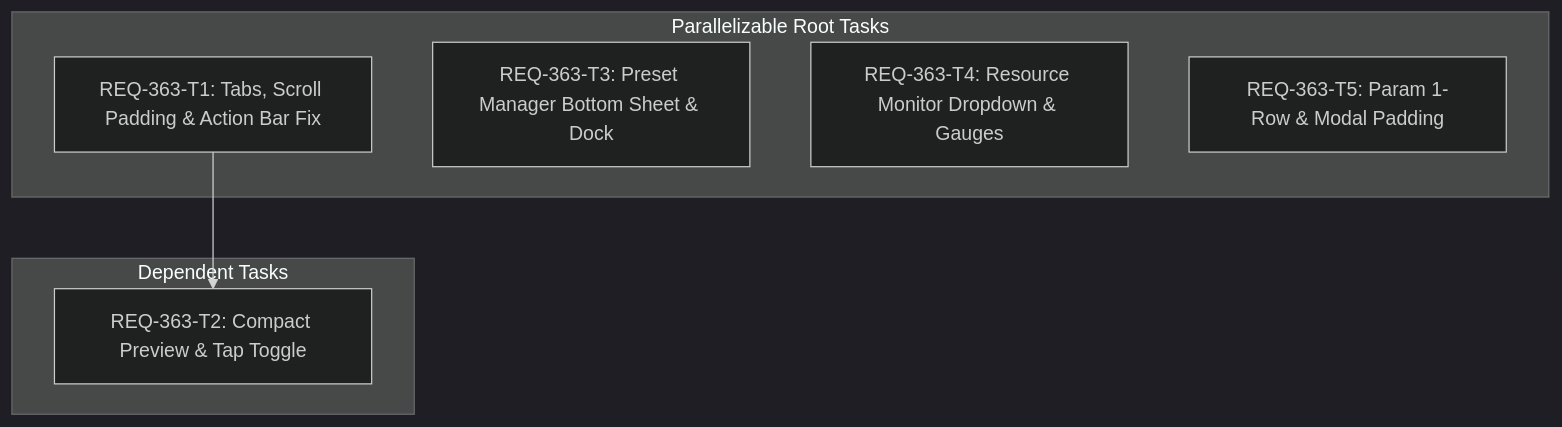
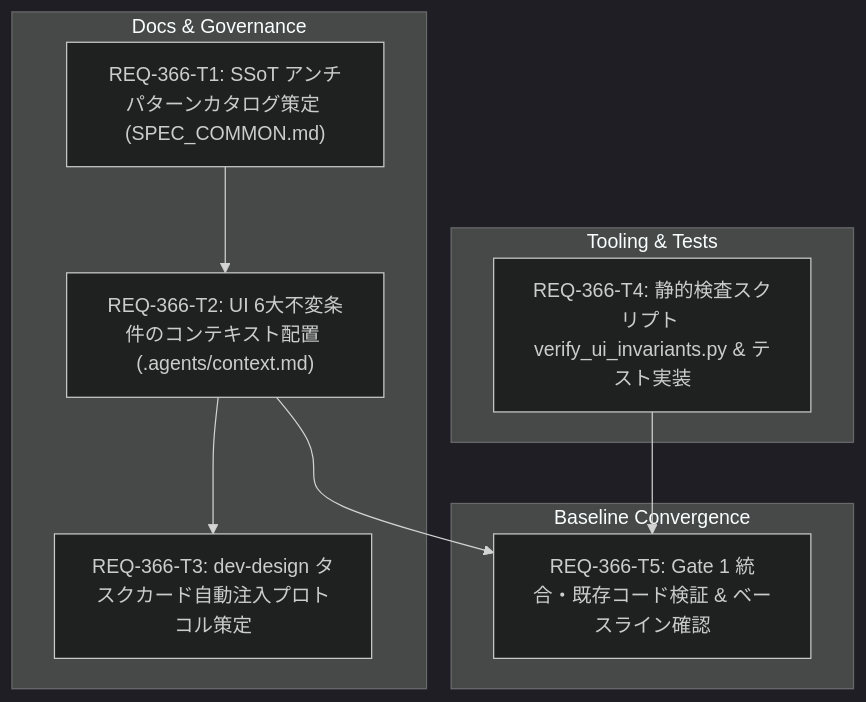
One commit to TAKE4548/comfy-create-helper2 changed the diagram in implementation_plan.md. Above: the diagram before and after it, drawn with Mermaid (dark theme). The commit also changed other lines of this file and 20 other files, not shown here.

Commit message:
feat(REQ-366): complete UI/UX anti-pattern catalog and 3-layer pipeline governance

````diff
--- a/implementation_plan.md
+++ b/implementation_plan.md
@@ -75,14 +66,21 @@
 ```mermaid
 graph TD
-  subgraph Parallelizable Root Tasks
-    T1[REQ-363-T1: Tabs, Scroll Padding & Action Bar Fix]
-    T3[REQ-363-T3: Preset Manager Bottom Sheet & Dock]
-    T4[REQ-363-T4: Resource Monitor Dropdown & Gauges]
-    T5[REQ-363-T5: Param 1-Row & Modal Padding]
-  end
-  subgraph Dependent Tasks
-    T2[REQ-363-T2: Compact Preview & Tap Toggle]
+  subgraph Parallelizable Track 1 [Docs & Governance]
+    T1["REQ-366-T1: SSoT アンチパターンカタログ策定 (SPEC_COMMON.md)"]
+    T2["REQ-366-T2: UI 6大不変条件のコンテキスト配置 (.agents/context.md)"]
+    T3["REQ-366-T3: dev-design タスクカード自動注入プロトコル策定"]
+    T1 --> T2
+    T2 --> T3
   end
 
-  T1 --> T2
+  subgraph Parallelizable Track 2 [Tooling & Tests]
+    T4["REQ-366-T4: 静的検査スクリプト verify_ui_invariants.py & テスト実装"]
+  end
+
+  subgraph Integration Gate [Baseline Convergence]
+    T5["REQ-366-T5: Gate 1 統合・既存コード検証 & ベースライン確認"]
+  end
+
+  T2 --> T5
+  T4 --> T5
 ```
````
